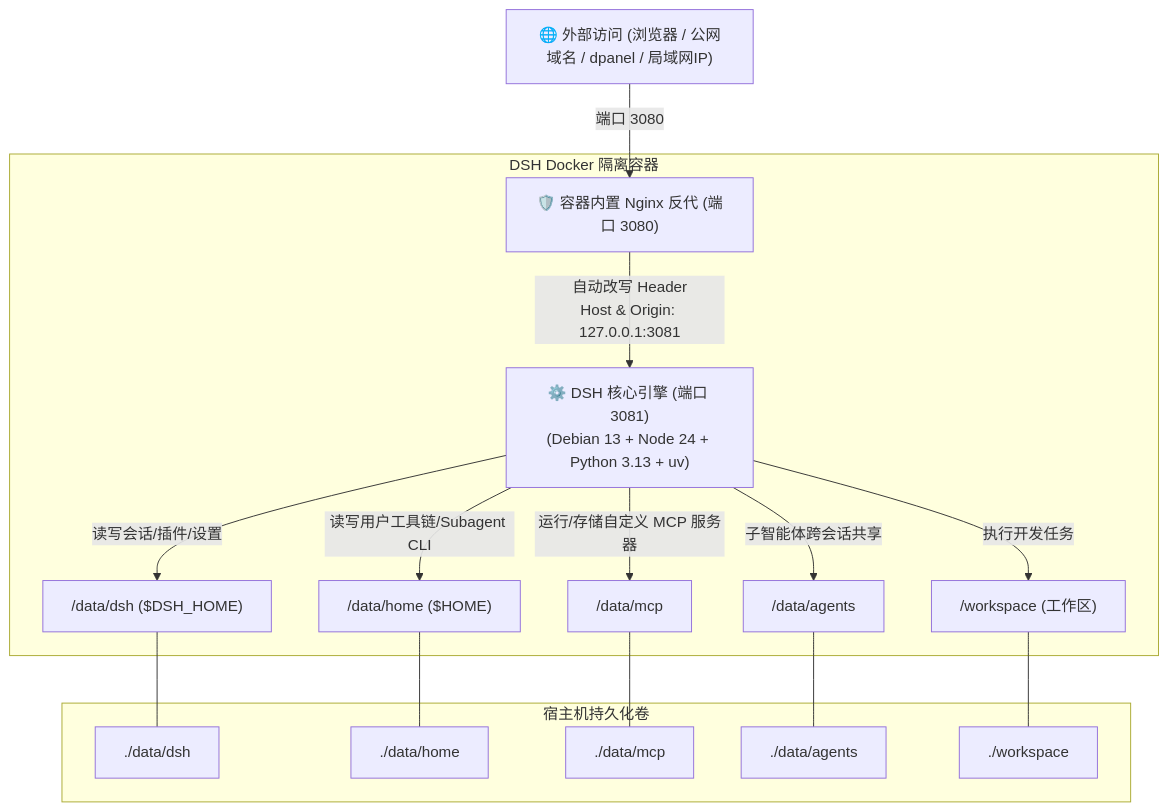
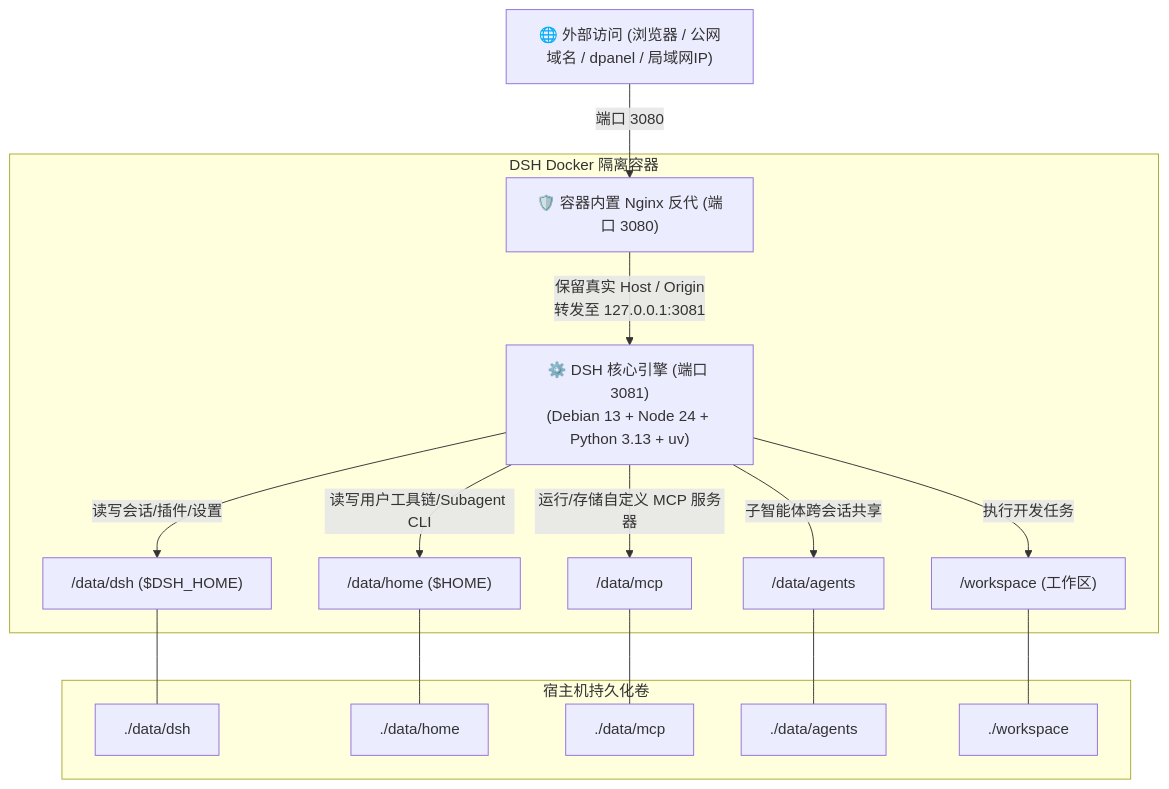
One commit to univers629/dsh-docker changed the diagram in README.md. Above: the diagram before and after it, drawn with Mermaid. The commit also changed other lines of this file and 3 other files, not shown here.

````diff
--- a/README.md
+++ b/README.md
@@ -71,22 +71,22 @@
 ```mermaid
 graph TD
     User["🌐 外部访问 (浏览器 / 公网域名 / dpanel / 局域网IP)"] -->|端口 3080| NGINX["🛡️ 容器内置 Nginx 反代 (端口 3080)"]
     
     subgraph DSH Docker 隔离容器
-        NGINX -->|自动改写 Header<br>Host & Origin: 127.0.0.1:3081| BACKEND["⚙️ DSH 核心引擎 (端口 3081)<br>(Debian 13 + Node 24 + Python 3.13 + uv)"]
+        NGINX -->|保留真实 Host / Origin<br>转发至 127.0.0.1:3081| BACKEND["⚙️ DSH 核心引擎 (端口 3081)<br>(Debian 13 + Node 24 + Python 3.13 + uv)"]
         
         BACKEND -->|读写会话/插件/设置| V1["/data/dsh ($DSH_HOME)"]
         BACKEND -->|读写用户工具链/Subagent CLI| V2["/data/home ($HOME)"]
         BACKEND -->|运行/存储自定义 MCP 服务器| V3["/data/mcp"]
         BACKEND -->|子智能体跨会话共享| V4["/data/agents"]
         BACKEND -->|执行开发任务| V5["/workspace (工作区)"]
     end
     
     subgraph 宿主机持久化卷
         V1 --- H1["./data/dsh"]
         V2 --- H2["./data/home"]
         V3 --- H3["./data/mcp"]
         V4 --- H4["./data/agents"]
         V5 --- H5["./workspace"]
     end
 ```
````
